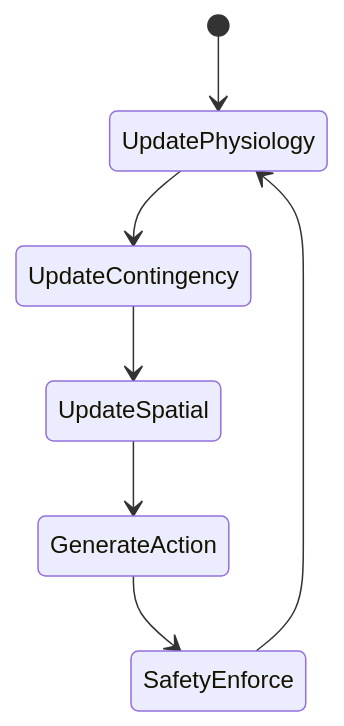
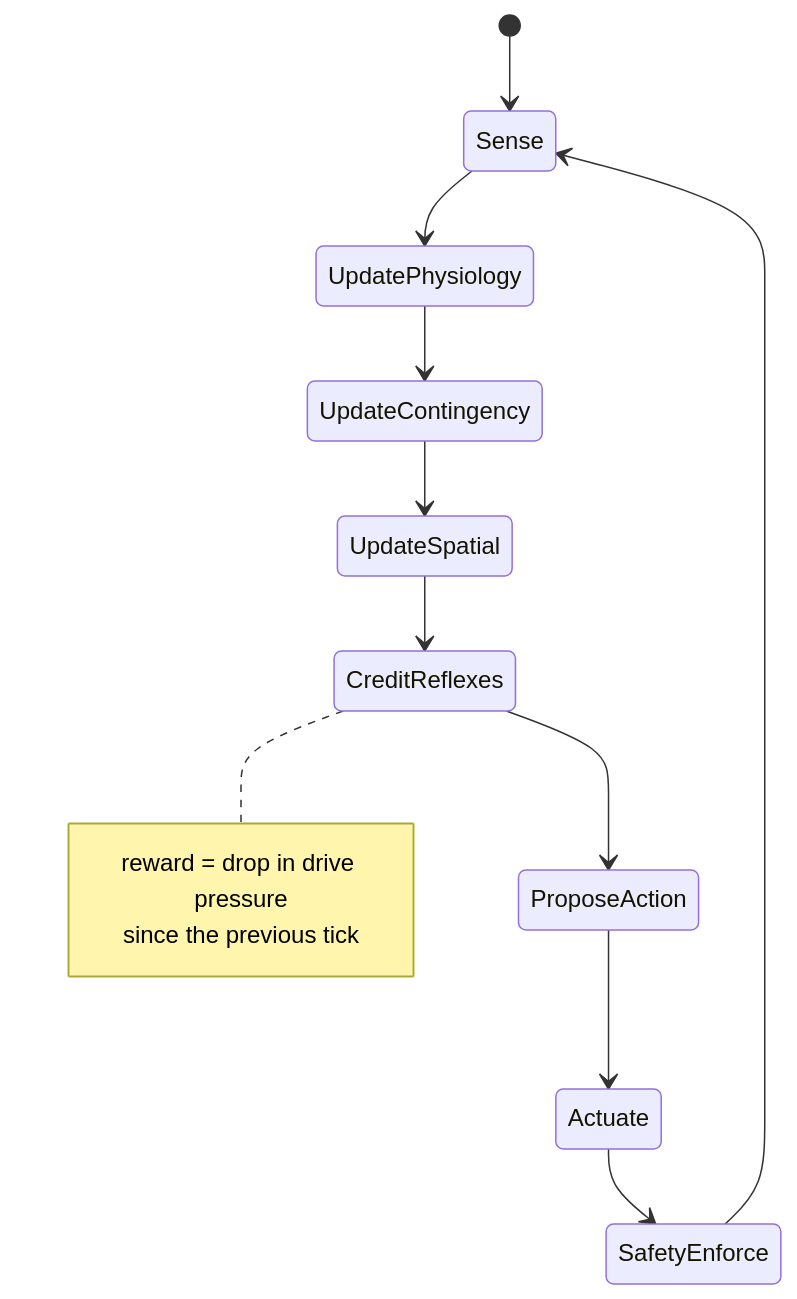
Before and after one commit to sloev/emergent: the third of 6 diagrams in docs/synth-behavior.md, drawn with Mermaid. The commit also changed other lines of this file and 18 other files, not shown here.

````diff
--- a/docs/synth-behavior.md
+++ b/docs/synth-behavior.md
@@ -477,10 +485,18 @@
 ```mermaid
 stateDiagram-v2
-    [*] --> UpdatePhysiology
+    [*] --> Sense
 
+    Sense --> UpdatePhysiology
     UpdatePhysiology --> UpdateContingency
     UpdateContingency --> UpdateSpatial
-    UpdateSpatial --> GenerateAction
-    GenerateAction --> SafetyEnforce
-    SafetyEnforce --> UpdatePhysiology
+    UpdateSpatial --> CreditReflexes
+    CreditReflexes --> ProposeAction
+    ProposeAction --> Actuate
+    Actuate --> SafetyEnforce
+    SafetyEnforce --> Sense
+
+    note right of CreditReflexes
+        reward = drop in drive pressure
+        since the previous tick
+    end note
 ```
````
